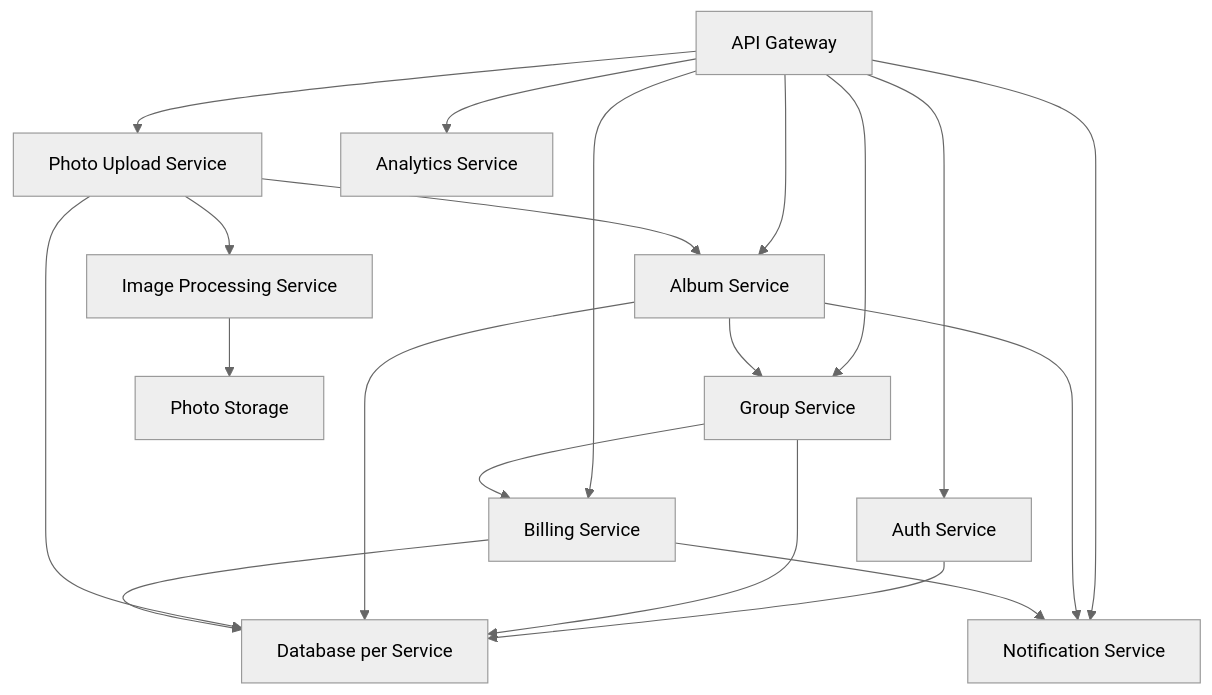
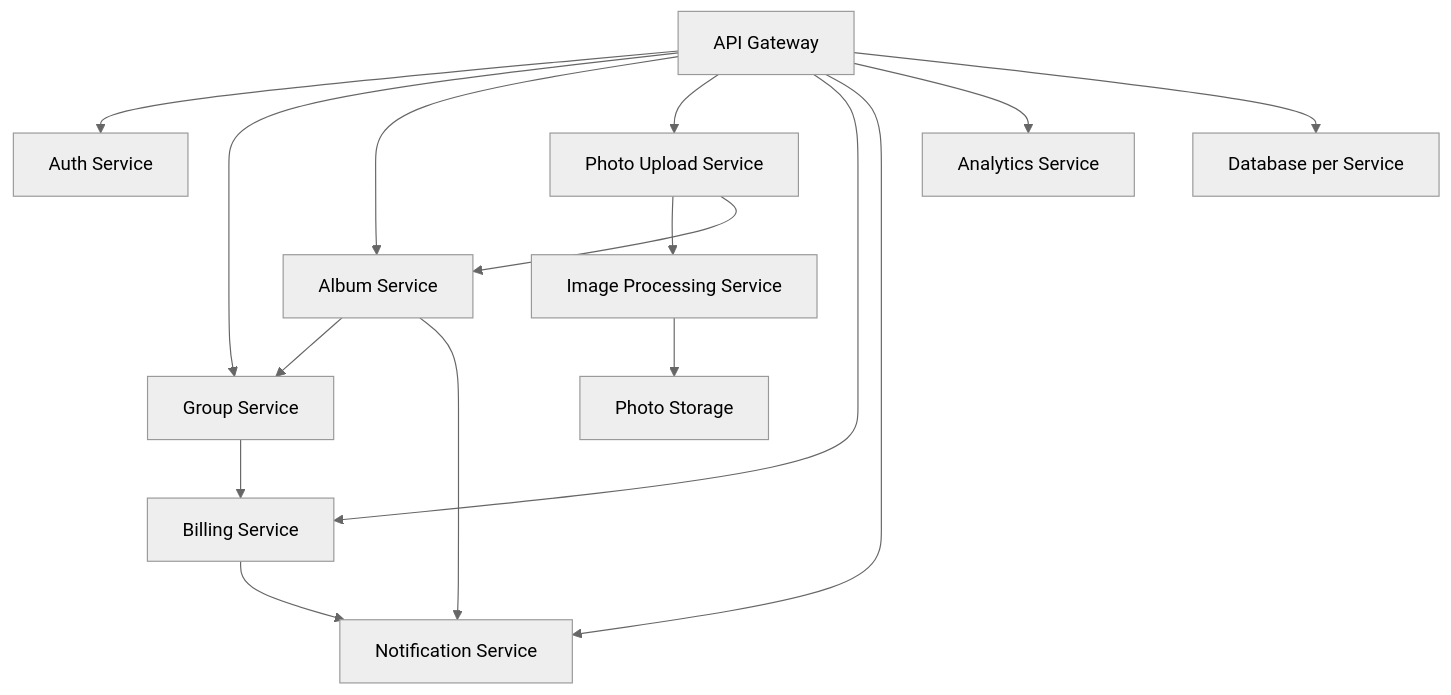
One commit to Aldore-88/holbertonschool-ai4devs changed the diagram in architecture_blueprint_assistant/microservices_architecture.mmd. Above: the diagram before and after it, drawn with Mermaid (neutral theme).

Commit message:
microservices_architecture fix

```diff
--- a/architecture_blueprint_assistant/microservices_architecture.mmd
+++ b/architecture_blueprint_assistant/microservices_architecture.mmd
@@ -1,20 +1,16 @@
 graph TD
   A[API Gateway] --> B[Auth Service]
   A --> C[Group Service]
   A --> D[Album Service]
   A --> E[Photo Upload Service]
   A --> F[Billing Service]
   A --> G[Notification Service]
   A --> H[Analytics Service]
+  E --> I[Image Processing Service]
+  E --> D
+  D --> C
   C --> F
-  D --> C
-  E --> D
-  E --> I[Image Processing Service]
-  I --> J[Photo Storage]
   D --> G
   F --> G
-  B --> K[Database per Service]
-  C --> K
-  D --> K
-  E --> K
-  F --> K
+  I --> J[Photo Storage]
+  A --> K[Database per Service]
```
